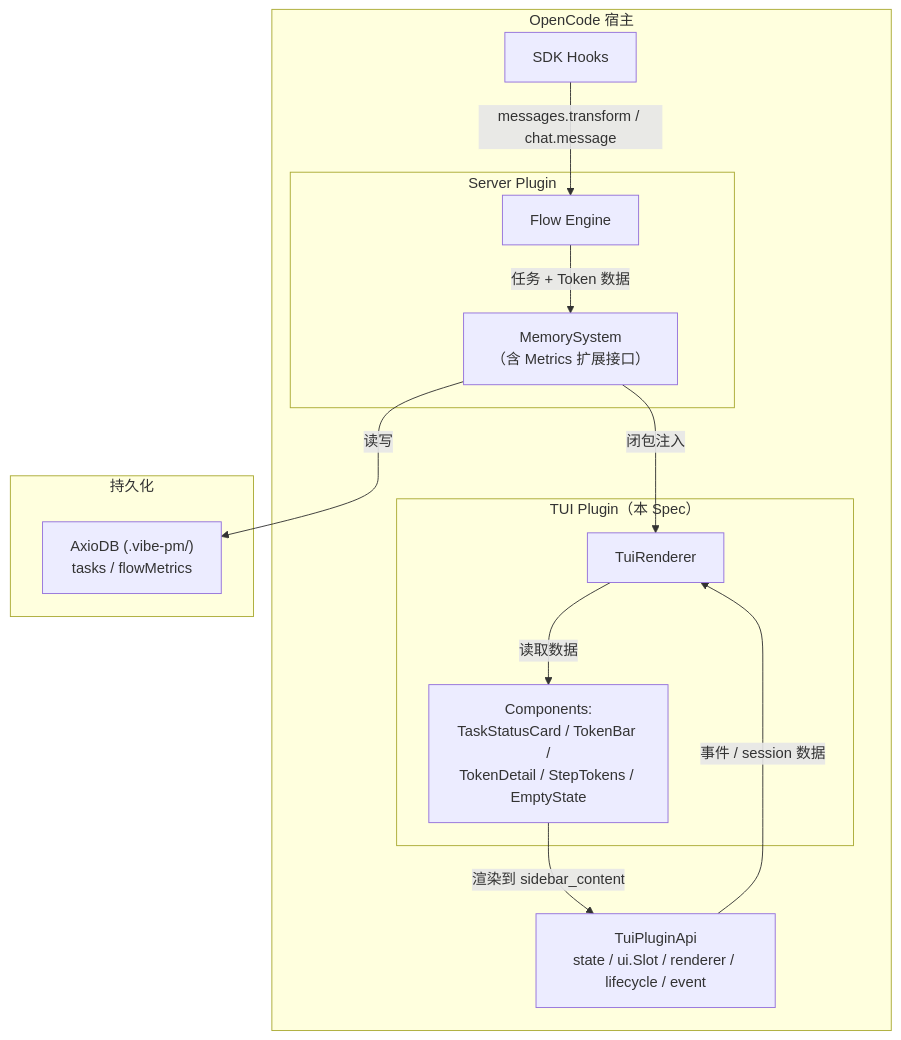
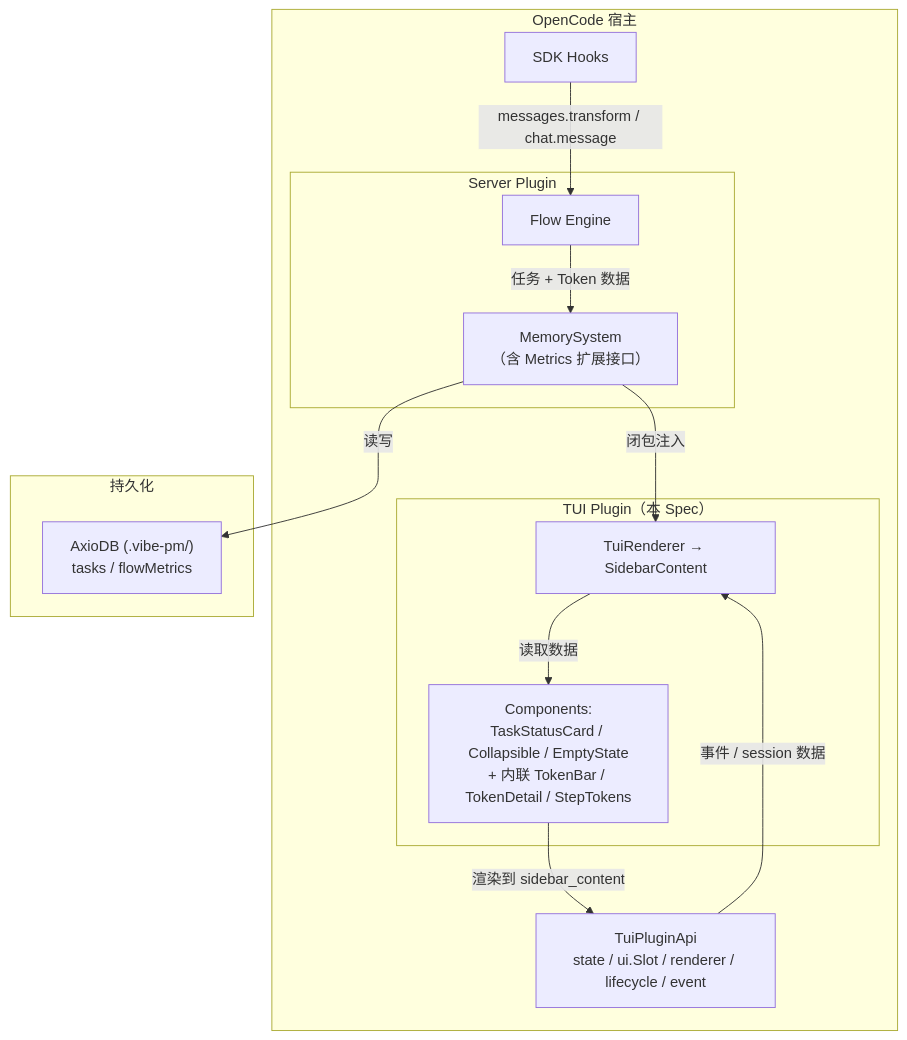
Before and after one commit to hank-cp/opencode-vibe-pm: the first of 2 diagrams in docs/spec/vibe-pm-tui-extension.md, drawn with Mermaid. The commit also changed other lines of this file and 10 other files, not shown here.

````diff
--- a/docs/spec/vibe-pm-tui-extension.md
+++ b/docs/spec/vibe-pm-tui-extension.md
@@ -105,30 +105,30 @@
 ```mermaid
 graph TB
     subgraph OpenCode["OpenCode 宿主"]
         subgraph ServerPlugin["Server Plugin"]
             FE["Flow Engine"]
             MS["MemorySystem<br/>（含 Metrics 扩展接口）"]
         end
 
         subgraph TuiPlugin["TUI Plugin（本 Spec）"]
-            TR["TuiRenderer"]
-            comps["Components:<br/>TaskStatusCard / TokenBar /<br/>TokenDetail / StepTokens / EmptyState"]
+            TR["TuiRenderer → SidebarContent"]
+            comps["Components:<br/>TaskStatusCard / Collapsible / EmptyState<br/>+ 内联 TokenBar / TokenDetail / StepTokens"]
         end
 
         Hooks["SDK Hooks"]
         TuiAPI["TuiPluginApi<br/>state / ui.Slot / renderer / lifecycle / event"]
     end
 
     subgraph Storage["持久化"]
         AxioDB["AxioDB (.vibe-pm/)<br/>tasks / flowMetrics"]
     end
 
     Hooks -->|"messages.transform / chat.message"| FE
     FE -->|"任务 + Token 数据"| MS
     MS -->|"读写"| AxioDB
 
     TuiAPI -->|"事件 / session 数据"| TR
     MS -->|"闭包注入"| TR
     TR -->|"读取数据"| comps
     comps -->|"渲染到 sidebar_content"| TuiAPI
 ```
````
